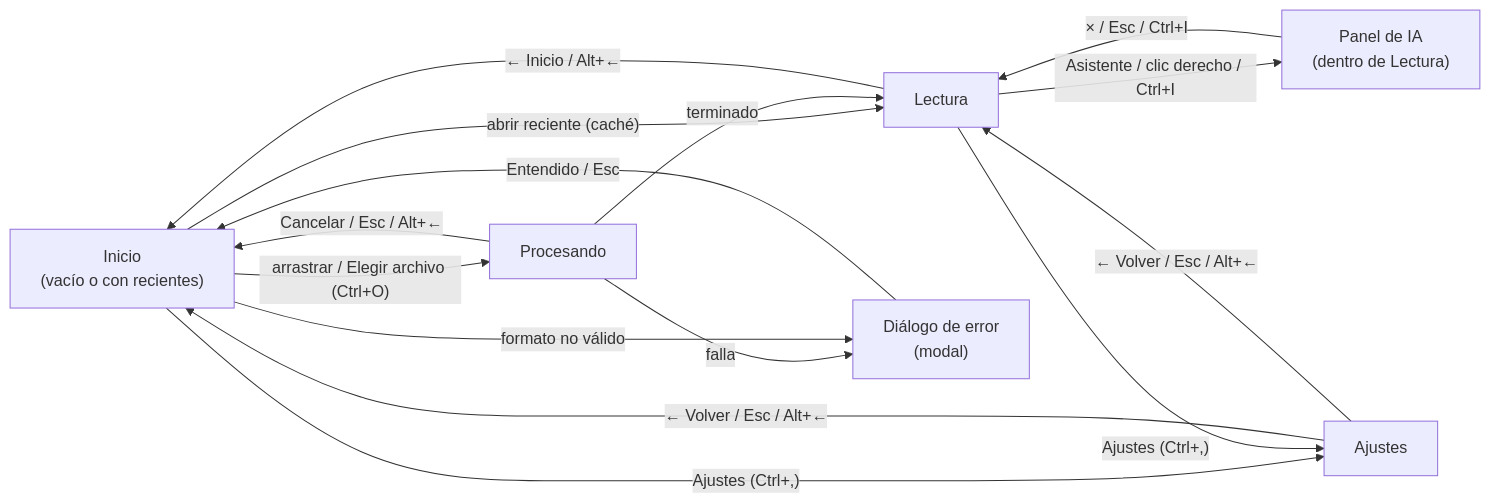
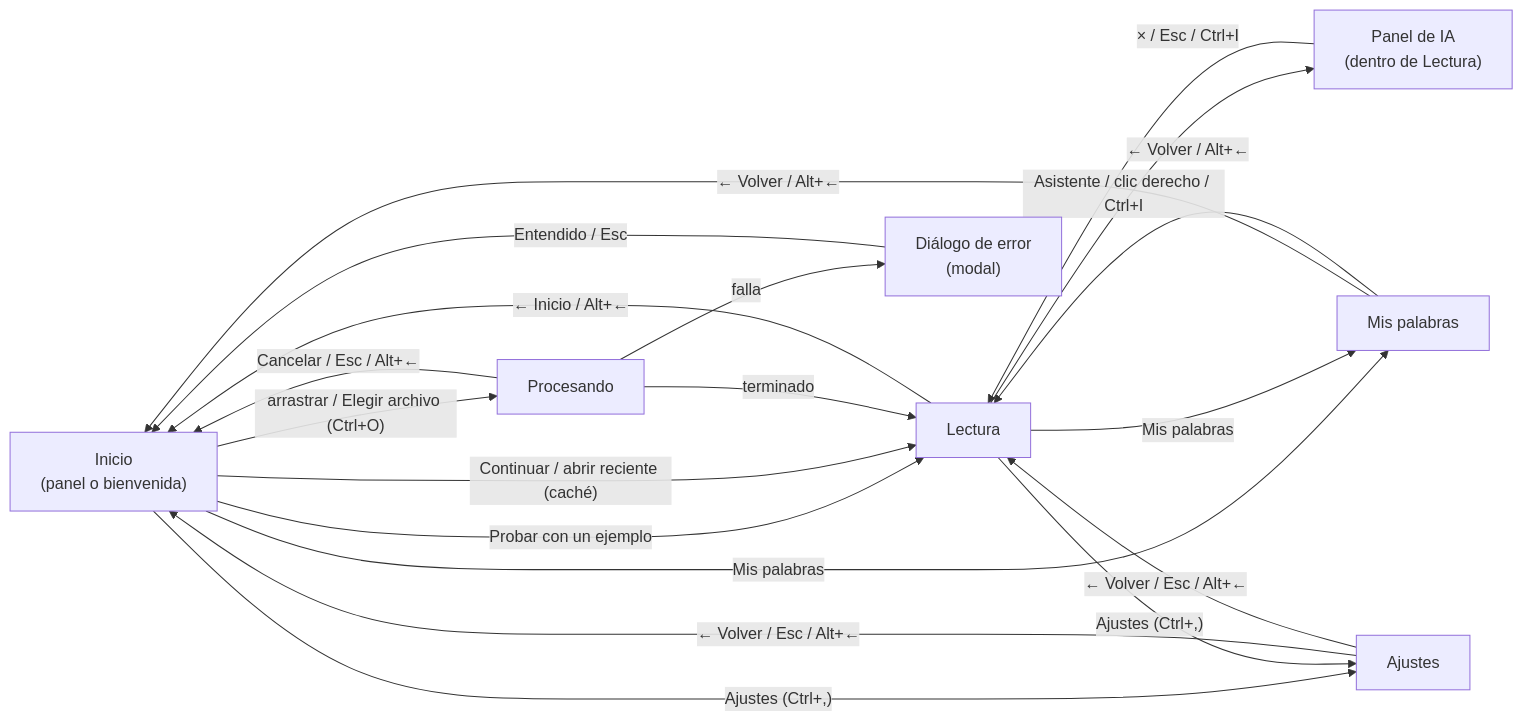
The diagram in docs/design-system/README.md (SoFzzz/ClearRead), drawn with Mermaid before and after one commit. The commit also changed other lines of this file and 55 other files, not shown here.

````diff
--- a/docs/design-system/README.md
+++ b/docs/design-system/README.md
@@ -574,24 +534,29 @@
 ```mermaid
 flowchart LR
-    Inicio["Inicio<br/>(vacío o con recientes)"]
+    Inicio["Inicio<br/>(panel o bienvenida)"]
     Procesando["Procesando"]
     Lectura["Lectura"]
     PanelIA["Panel de IA<br/>(dentro de Lectura)"]
+    Palabras["Mis palabras"]
     Ajustes["Ajustes"]
     Error["Diálogo de error<br/>(modal)"]
 
     Inicio -- "arrastrar / Elegir archivo (Ctrl+O)" --> Procesando
-    Inicio -- "abrir reciente (caché)" --> Lectura
+    Inicio -- "Probar con un ejemplo" --> Lectura
+    Inicio -- "Continuar / abrir reciente (caché)" --> Lectura
     Procesando -- "terminado" --> Lectura
     Procesando -- "Cancelar / Esc / Alt+←" --> Inicio
     Procesando -- "falla" --> Error
-    Inicio -- "formato no válido" --> Error
     Error -- "Entendido / Esc" --> Inicio
     Lectura -- "← Inicio / Alt+←" --> Inicio
     Lectura -- "Asistente / clic derecho / Ctrl+I" --> PanelIA
     PanelIA -- "× / Esc / Ctrl+I" --> Lectura
+    Inicio -- "Mis palabras" --> Palabras
+    Lectura -- "Mis palabras" --> Palabras
+    Palabras -- "← Volver / Alt+←" --> Inicio
+    Palabras -- "← Volver / Alt+←" --> Lectura
     Inicio -- "Ajustes (Ctrl+,)" --> Ajustes
     Lectura -- "Ajustes (Ctrl+,)" --> Ajustes
     Ajustes -- "← Volver / Esc / Alt+←" --> Inicio
     Ajustes -- "← Volver / Esc / Alt+←" --> Lectura
 ```
````
